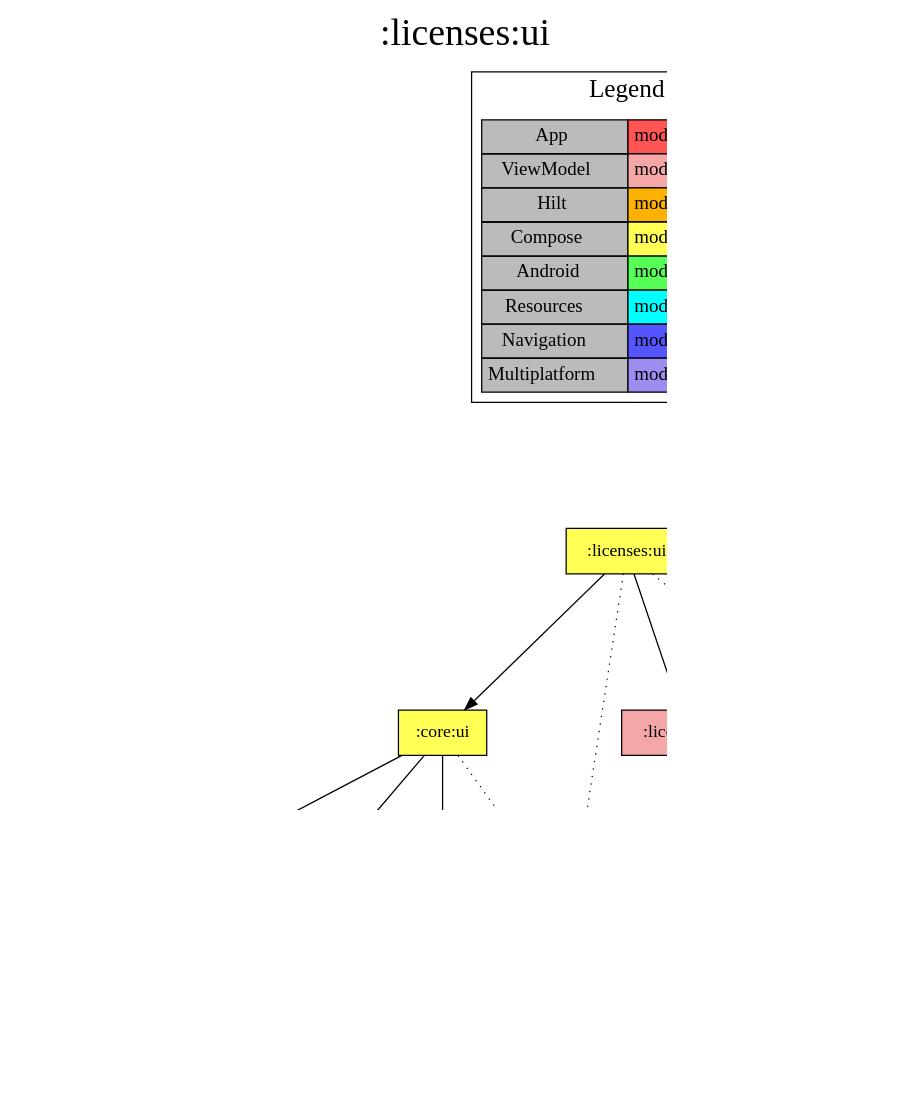
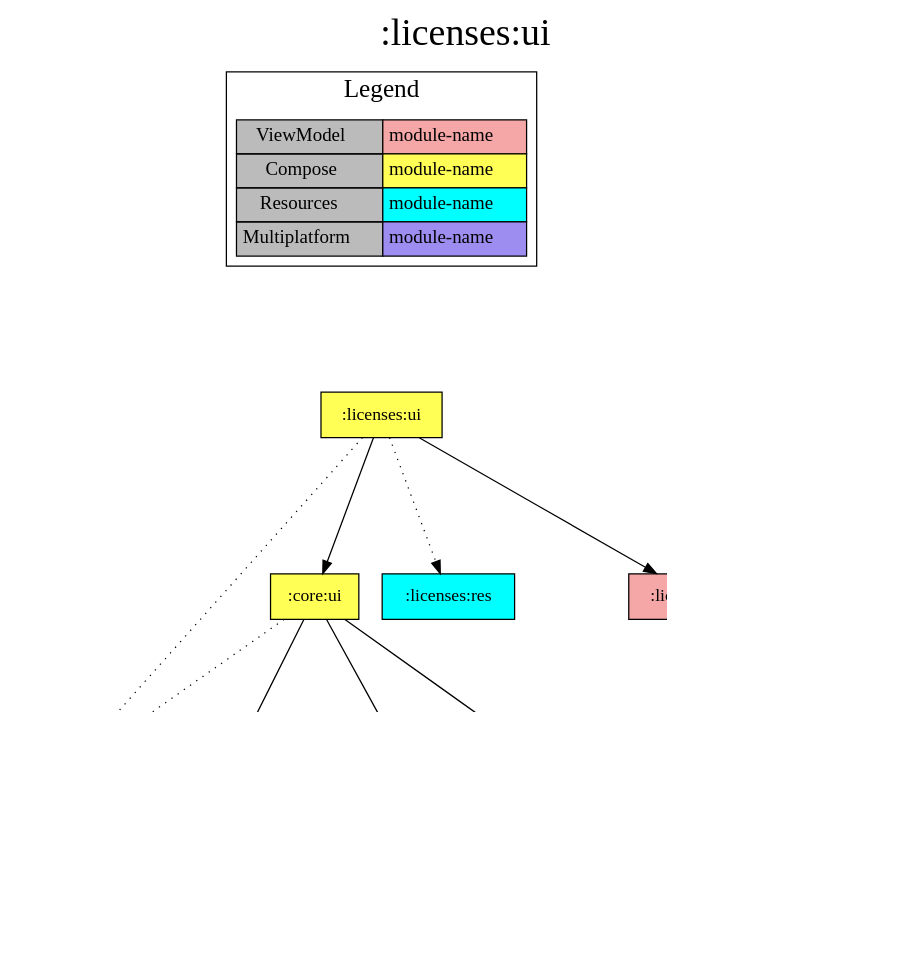
The diagram in modules/licenses/ui/project-dependency-graph.dot (jonapoul/aktual), drawn with Graphviz before and after one commit. The commit also changed 52 other files, not shown here.

```diff
--- a/modules/licenses/ui/project-dependency-graph.dot
+++ b/modules/licenses/ui/project-dependency-graph.dot
@@ -1,49 +1,45 @@
 digraph {
 edge ["dir"="forward"]
 graph ["dpi"="100","label"=":licenses:ui","labelloc"="t","fontsize"="30","ranksep"="1.5","rankdir"="TB"]
 node ["style"="filled"]
+":core:buildconfig" ["fillcolor"="#9D8DF1","shape"="box"]
+":core:colorscheme" ["fillcolor"="#9D8DF1","shape"="box"]
+":core:coroutines" ["fillcolor"="#9D8DF1","shape"="box"]
+":core:log" ["fillcolor"="#9D8DF1","shape"="box"]
+":core:res" ["fillcolor"="#00FFFF","shape"="box"]
+":core:ui" ["fillcolor"="#FFFF55","shape"="box"]
+":core:versions" ["fillcolor"="#9D8DF1","shape"="box"]
+":licenses:data" ["fillcolor"="#9D8DF1","shape"="box"]
+":licenses:res" ["fillcolor"="#00FFFF","shape"="box"]
 ":licenses:ui" ["fillcolor"="#FFFF55","shape"="box"]
-":core:ui" ["fillcolor"="#FFFF55","shape"="box"]
-":core:colorscheme" ["fillcolor"="#9D8DF1","shape"="box"]
-":core:versions" ["fillcolor"="#9D8DF1","shape"="box"]
-":core:buildconfig" ["fillcolor"="#9D8DF1","shape"="box"]
+":licenses:vm" ["fillcolor"="#F5A6A6","shape"="box"]
 ":url:model" ["fillcolor"="#9D8DF1","shape"="box"]
-":core:res" ["fillcolor"="#00FFFF","shape"="box"]
-":licenses:vm" ["fillcolor"="#F5A6A6","shape"="box"]
-":core:log" ["fillcolor"="#9D8DF1","shape"="box"]
-":licenses:data" ["fillcolor"="#9D8DF1","shape"="box"]
-":core:coroutines" ["fillcolor"="#9D8DF1","shape"="box"]
-":licenses:res" ["fillcolor"="#00FFFF","shape"="box"]
 {
 edge ["dir"="none"]
 graph ["rank"="same"]
 }
-":licenses:ui" -> ":core:ui"
-":licenses:ui" -> ":licenses:vm"
-":licenses:ui" -> ":core:res" ["style"="dotted"]
-":licenses:ui" -> ":licenses:res" ["style"="dotted"]
 ":core:ui" -> ":core:colorscheme"
+":core:ui" -> ":core:res" ["style"="dotted"]
 ":core:ui" -> ":core:versions"
 ":core:ui" -> ":url:model"
-":core:ui" -> ":core:res" ["style"="dotted"]
 ":core:versions" -> ":core:buildconfig"
+":licenses:data" -> ":core:coroutines" ["style"="dotted"]
+":licenses:ui" -> ":core:res" ["style"="dotted"]
+":licenses:ui" -> ":core:ui"
+":licenses:ui" -> ":licenses:res" ["style"="dotted"]
+":licenses:ui" -> ":licenses:vm"
 ":licenses:vm" -> ":core:log"
 ":licenses:vm" -> ":licenses:data"
-":licenses:data" -> ":core:coroutines" ["style"="dotted"]
 subgraph "cluster_legend" {
 edge ["dir"="none"]
 graph ["label"="Legend","fontsize"="20"]
 "Legend" ["style"="filled","fillcolor"="#bbbbbb","shape"="none","margin"="0","fontsize"="15","label"=<
 <TABLE BORDER="0" CELLBORDER="1" CELLSPACING="0" CELLPADDING="4">
-<TR><TD>App</TD><TD BGCOLOR="#FF5555">module-name</TD></TR>
 <TR><TD>ViewModel</TD><TD BGCOLOR="#F5A6A6">module-name</TD></TR>
-<TR><TD>Hilt</TD><TD BGCOLOR="#FCB103">module-name</TD></TR>
 <TR><TD>Compose</TD><TD BGCOLOR="#FFFF55">module-name</TD></TR>
-<TR><TD>Android</TD><TD BGCOLOR="#55FF55">module-name</TD></TR>
 <TR><TD>Resources</TD><TD BGCOLOR="#00FFFF">module-name</TD></TR>
-<TR><TD>Navigation</TD><TD BGCOLOR="#5555FF">module-name</TD></TR>
 <TR><TD>Multiplatform</TD><TD BGCOLOR="#9D8DF1">module-name</TD></TR>
 </TABLE>
 >]
 } -> ":licenses:ui" ["style"="invis"]
 }
```
